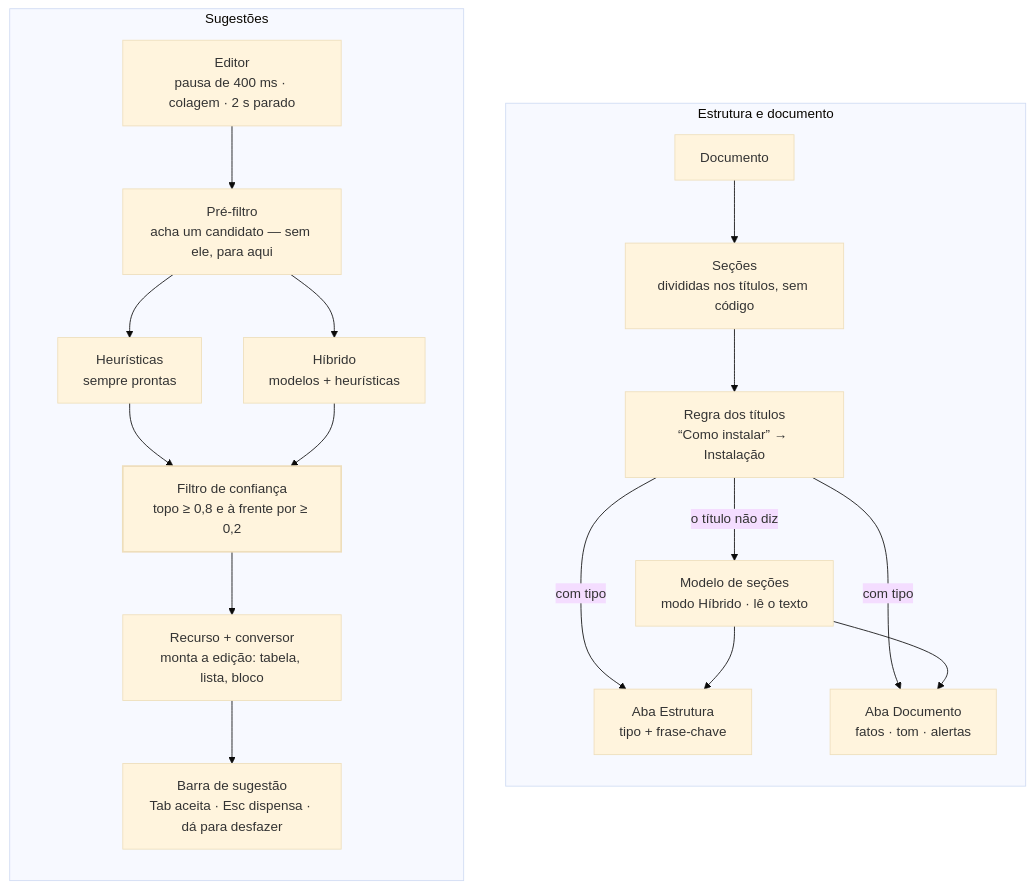
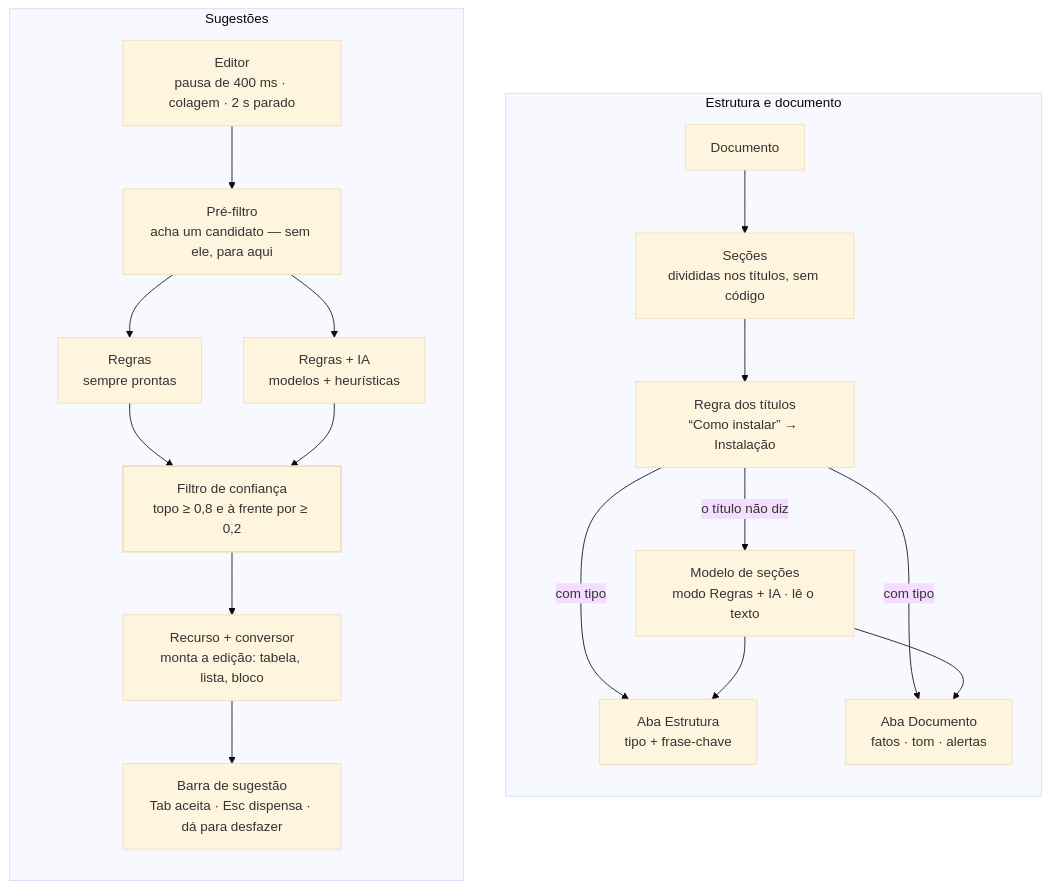
Before and after one commit to PabloFLPs/Marksage: the diagram in docs/SMART-ASSIST.pt-BR.md, drawn with Mermaid (base theme). The commit also changed other lines of this file and 22 other files, not shown here.

````diff
--- a/docs/SMART-ASSIST.pt-BR.md
+++ b/docs/SMART-ASSIST.pt-BR.md
@@ -113,26 +121,26 @@
 ```mermaid
 flowchart LR
   subgraph S ["Sugestões"]
     direction TB
     E["Editor<br/>pausa de 400 ms · colagem · 2 s parado"] --> P["Pré-filtro<br/>acha um candidato — sem ele, para aqui"]
-    P --> H["Heurísticas<br/>sempre prontas"]
-    P --> M["Híbrido<br/>modelos + heurísticas"]
+    P --> H["Regras<br/>sempre prontas"]
+    P --> M["Regras + IA<br/>modelos + heurísticas"]
     H --> G["Filtro de confiança<br/>topo ≥ 0,8 e à frente por ≥ 0,2"]
     M --> G
     G --> F["Recurso + conversor<br/>monta a edição: tabela, lista, bloco"]
     F --> B["Barra de sugestão<br/>Tab aceita · Esc dispensa · dá para desfazer"]
   end
   subgraph O ["Estrutura e documento"]
     direction TB
     D["Documento"] --> X["Seções<br/>divididas nos títulos, sem código"]
     X --> R["Regra dos títulos<br/>“Como instalar” → Instalação"]
-    R -- "o título não diz" --> SM["Modelo de seções<br/>modo Híbrido · lê o texto"]
+    R -- "o título não diz" --> SM["Modelo de seções<br/>modo Regras + IA · lê o texto"]
     R -- "com tipo" --> T1["Aba Estrutura<br/>tipo + frase-chave"]
     R -- "com tipo" --> T2["Aba Documento<br/>fatos · tom · alertas"]
     SM --> T1
     SM --> T2
   end
   S ~~~ O
   classDef gate stroke-width:2px
   class G gate
 ```
````
